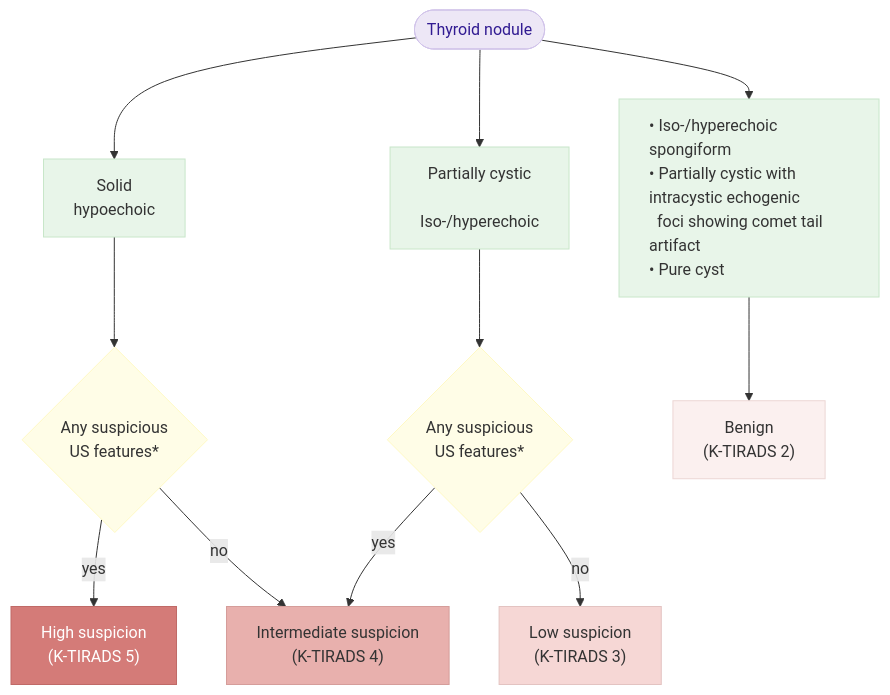
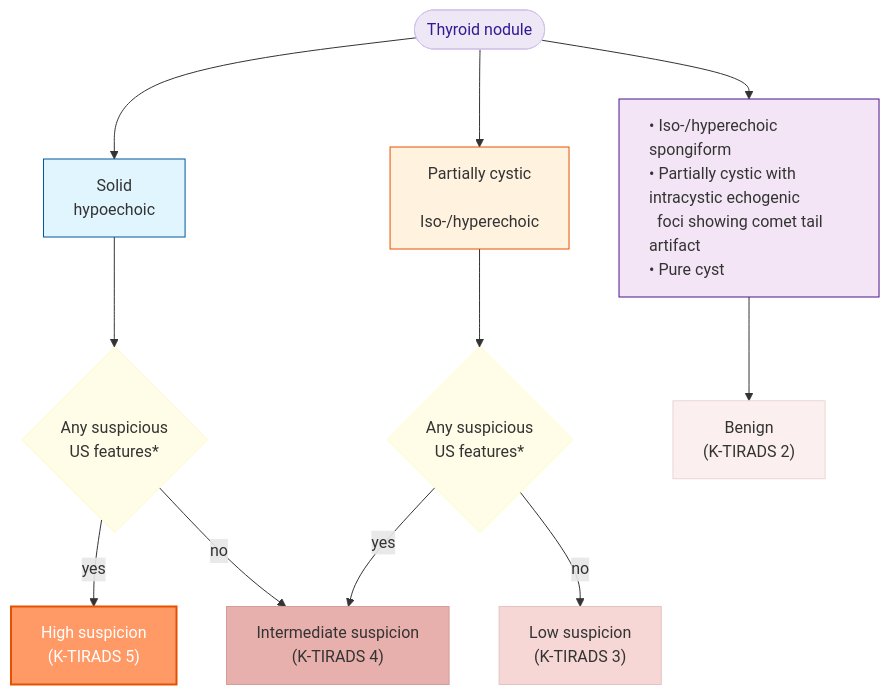
Before and after one commit to familyoh77/familyoh77: the diagram in 226_/107_-thyroid-nodule.md, drawn with Mermaid. The commit also changed other lines of this file, not shown here.

````diff
--- a/226_/107_-thyroid-nodule.md
+++ b/226_/107_-thyroid-nodule.md
@@ -120,47 +152,41 @@
 ```mermaid
 flowchart TD
-    %% Nodes Definition
     Root([Thyroid nodule])
     
     P1["Solid<br>hypoechoic"]
     P2["Partially cystic<br><br>Iso-/hyperechoic"]
     P3["• Iso-/hyperechoic spongiform<br>• Partially cystic with intracystic echogenic<br>  foci showing comet tail artifact<br>• Pure cyst"]
     
     D1{"Any suspicious<br>US features*"}
     D2{"Any suspicious<br>US features*"}
     
     R5["High suspicion<br>(K-TIRADS 5)"]
     R4["Intermediate suspicion<br>(K-TIRADS 4)"]
     R3["Low suspicion<br>(K-TIRADS 3)"]
     R2["Benign<br>(K-TIRADS 2)"]
 
-    %% Connections
     Root --> P1
     Root --> P2
     Root --> P3
     
     P1 --> D1
     P2 --> D2
     
     D1 -- yes --> R5
     D1 -- no --> R4
     D2 -- yes --> R4
     D2 -- no --> R3
     
     P3 --> R2
 
-    %% Styling (Color Palette)
     style Root fill:#EDE7F6,stroke:#D1C4E9,stroke-width:1px,color:#311B92
-    
-    style P1 fill:#E8F5E9,stroke:#C8E6C9,stroke-width:1px
-    style P2 fill:#E8F5E9,stroke:#C8E6C9,stroke-width:1px
-    style P3 fill:#E8F5E9,stroke:#C8E6C9,stroke-width:1px,text-align:left
-    
+    style P1 fill:#e1f5fe,stroke:#01579b,stroke-width:1px
+    style P2 fill:#fff3e0,stroke:#e65100,stroke-width:1px
+    style P3 fill:#f3e5f5,stroke:#4a148c,stroke-width:1px,text-align:left
     style D1 fill:#FFFDE7,stroke:#FFF9C4,stroke-width:1px
     style D2 fill:#FFFDE7,stroke:#FFF9C4,stroke-width:1px
-    
-    style R5 fill:#D47B78,stroke:#C06A67,stroke-width:1px,color:#FFF
+    style R5 fill:#f96,stroke:#e65100,stroke-width:2px,color:#FFF
     style R4 fill:#E8B0AD,stroke:#D59D9A,stroke-width:1px
     style R3 fill:#F6D7D5,stroke:#E3C3C1,stroke-width:1px
     style R2 fill:#FBF0EF,stroke:#ECD6D4,stroke-width:1px
 ```
````
